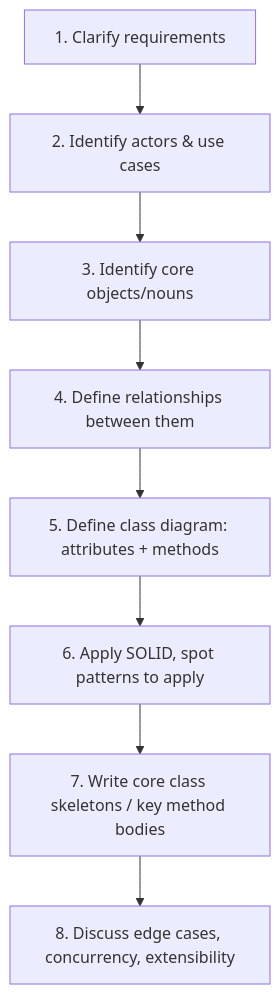
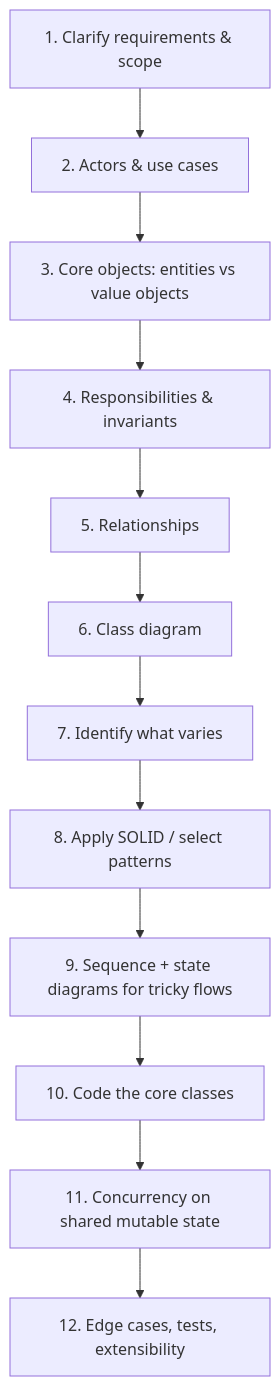
Before and after one commit to tushardongre1990/LLD-Claude: the diagram in 00-Foundations/05-Interview-Approach/notes.md, drawn with Mermaid. The commit also changed other lines of this file and 32 other files, not shown here.

````diff
--- a/00-Foundations/05-Interview-Approach/notes.md
+++ b/00-Foundations/05-Interview-Approach/notes.md
@@ -9,10 +9,14 @@
 ```mermaid
 flowchart TD
-    A[1. Clarify requirements] --> B[2. Identify actors & use cases]
-    B --> C[3. Identify core objects/nouns]
-    C --> D[4. Define relationships between them]
-    D --> E[5. Define class diagram: attributes + methods]
-    E --> F[6. Apply SOLID, spot patterns to apply]
-    F --> G[7. Write core class skeletons / key method bodies]
-    G --> H[8. Discuss edge cases, concurrency, extensibility]
+    A[1. Clarify requirements & scope] --> B[2. Actors & use cases]
+    B --> C[3. Core objects: entities vs value objects]
+    C --> D[4. Responsibilities & invariants]
+    D --> E[5. Relationships]
+    E --> F[6. Class diagram]
+    F --> G[7. Identify what varies]
+    G --> H[8. Apply SOLID / select patterns]
+    H --> I[9. Sequence + state diagrams for tricky flows]
+    I --> J[10. Code the core classes]
+    J --> K[11. Concurrency on shared mutable state]
+    K --> L[12. Edge cases, tests, extensibility]
 ```
````
